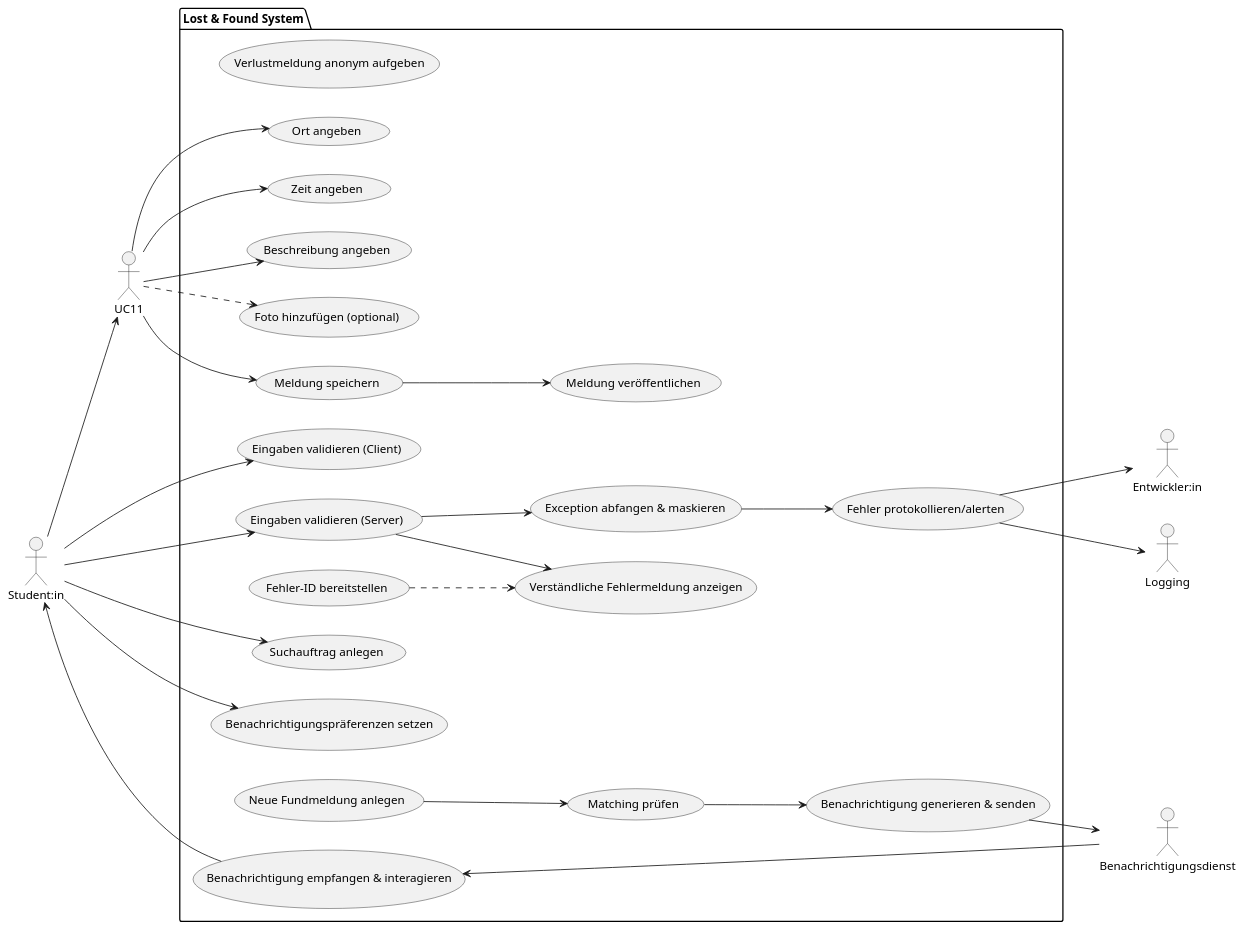
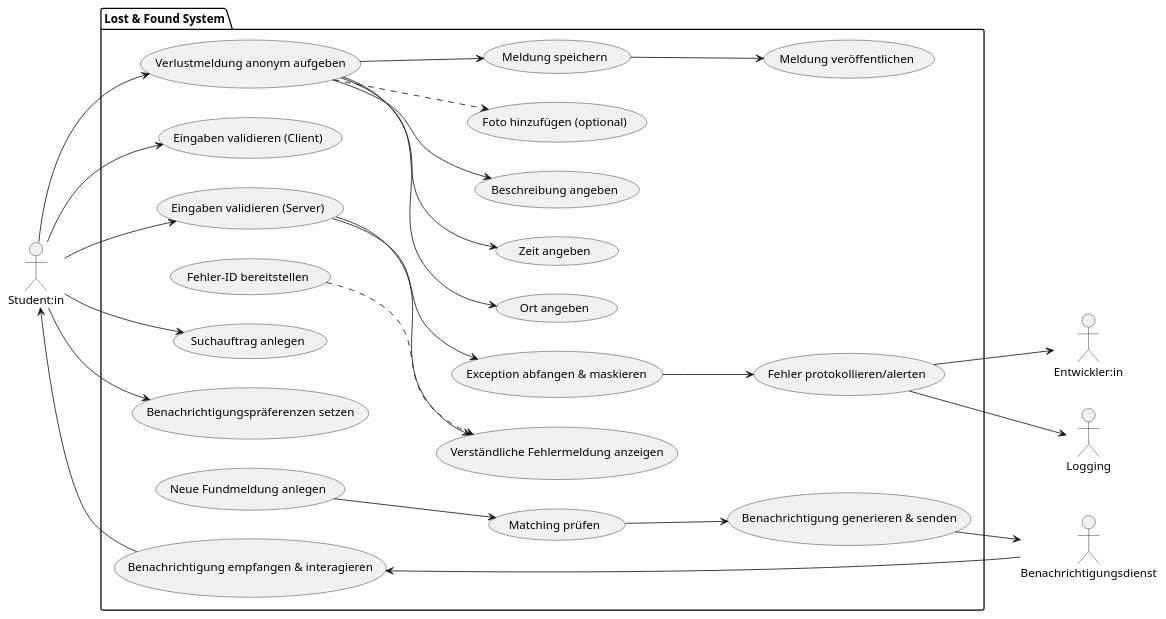
One commit to Tom0603/SoftwareEngineering_Lecture changed the diagram in docs/architecture/use-case-user-stories.puml. Above: the diagram before and after it, drawn with PlantUML.

Commit message:
Fix actor use case

```diff
--- a/docs/architecture/use-case-user-stories.puml
+++ b/docs/architecture/use-case-user-stories.puml
@@ -1,59 +1,59 @@
 @startuml
 
 left to right direction
 
 actor "Student:in" as stud
 actor "Entwickler:in" as dev
 actor "Logging" as log
 actor "Benachrichtigungsdienst" as notif
 
 package "Lost & Found System" {
-  usecase "Verlustmeldung anonym aufgeben" as UC1
+  usecase "Verlustmeldung anonym aufgeben" as UC11
   usecase "Ort angeben" as UC12
   usecase "Zeit angeben" as UC13
   usecase "Beschreibung angeben" as UC14
   usecase "Foto hinzufügen (optional)" as UC15
   usecase "Meldung speichern" as UC16
   usecase "Meldung veröffentlichen" as UC17
 
   usecase "Eingaben validieren (Client)" as UC21
   usecase "Eingaben validieren (Server)" as UC22
   usecase "Verständliche Fehlermeldung anzeigen" as UC23
   usecase "Exception abfangen & maskieren" as UC24
   usecase "Fehler protokollieren/alerten" as UC25
   usecase "Fehler-ID bereitstellen" as UC26
 
   usecase "Suchauftrag anlegen" as UC31
   usecase "Benachrichtigungspräferenzen setzen" as UC32
   usecase "Neue Fundmeldung anlegen" as UC33
   usecase "Matching prüfen" as UC34
   usecase "Benachrichtigung generieren & senden" as UC35
   usecase "Benachrichtigung empfangen & interagieren" as UC36
 }
 
 stud --> UC11
 UC11 --> UC12
 UC11 --> UC13
 UC11 --> UC14
 UC11 ..> UC15
 UC11 --> UC16
 UC16 --> UC17
 
 stud --> UC21
 stud --> UC22
 UC22 --> UC23
 UC22 --> UC24
 UC24 --> UC25
 UC25 --> log
 UC26 ..> UC23
 UC25 --> dev
 
 stud --> UC31
 stud --> UC32
 UC33 --> UC34
 UC34 --> UC35
 UC35 --> notif
 notif --> UC36
 UC36 --> stud
 
 @enduml
```
